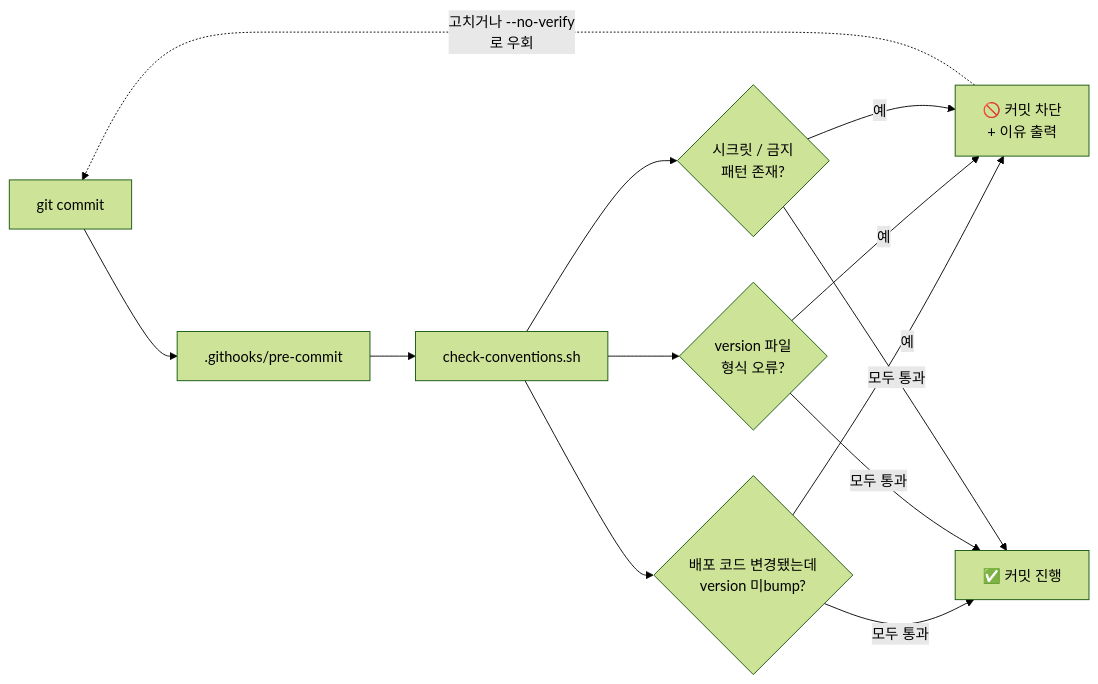
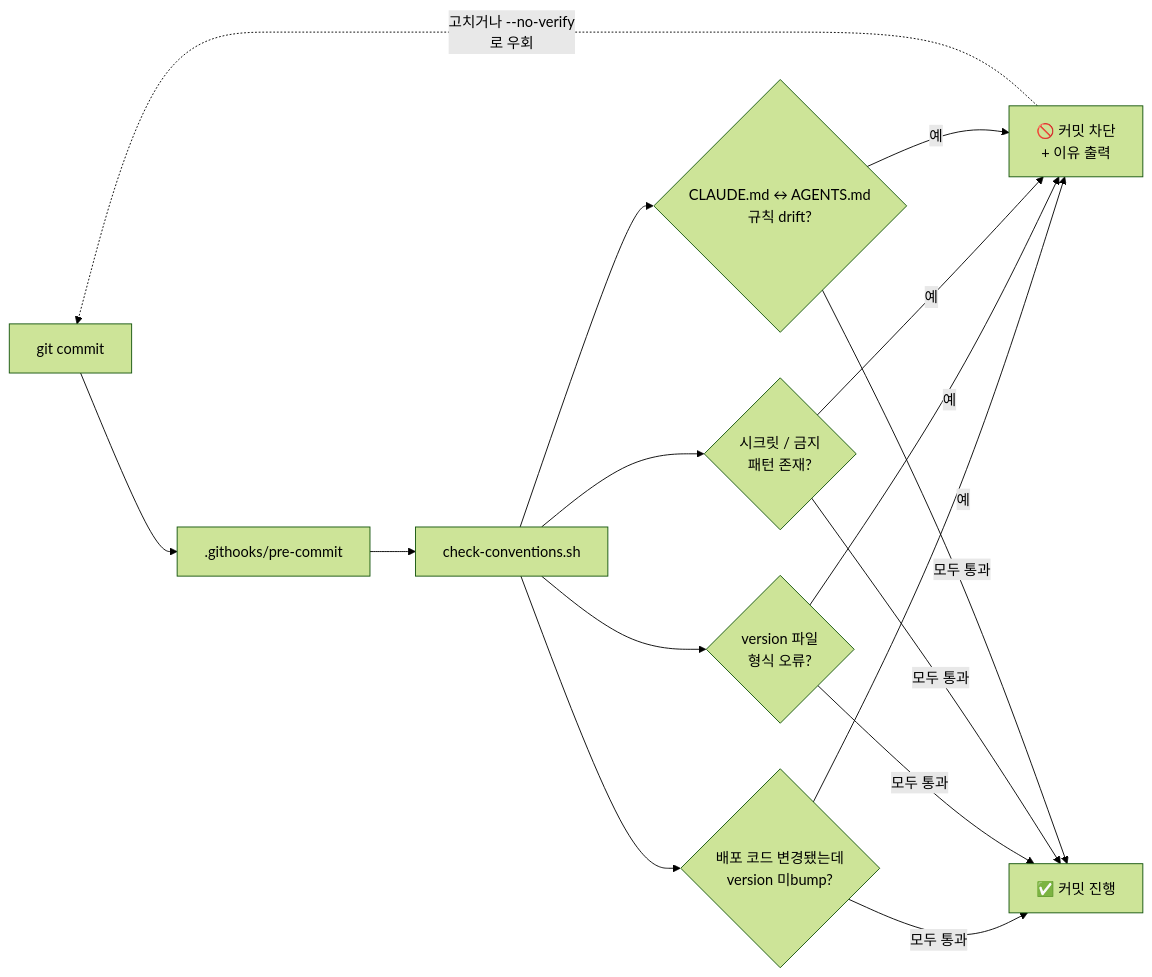
Before and after one commit to icurfer/ic-praxis: the second of 5 diagrams in README.ko.md, drawn with Mermaid (forest theme). The commit also changed other lines of this file and 12 other files, not shown here.

First line of the commit message:
feat: v0.4.0 — dual-agent (Claude Code + Codex): AGENTS.md entrypoint + Gate E drift sync

````diff
--- a/README.ko.md
+++ b/README.ko.md
@@ -79,13 +98,15 @@
 ```mermaid
 flowchart LR
     C["git commit"] --> H[".githooks/pre-commit"]
     H --> S["check-conventions.sh"]
     S --> G1{"배포 코드 변경됐는데<br/>version 미bump?"}
     S --> G2{"version 파일<br/>형식 오류?"}
     S --> G3{"시크릿 / 금지<br/>패턴 존재?"}
+    S --> G4{"CLAUDE.md ↔ AGENTS.md<br/>규칙 drift?"}
     G1 -- 예 --> X["🚫 커밋 차단<br/>+ 이유 출력"]
     G2 -- 예 --> X
     G3 -- 예 --> X
-    G1 & G2 & G3 -- 모두 통과 --> OK["✅ 커밋 진행"]
+    G4 -- 예 --> X
+    G1 & G2 & G3 & G4 -- 모두 통과 --> OK["✅ 커밋 진행"]
     X -. "고치거나 --no-verify<br/>로 우회" .-> C
 ```
````
